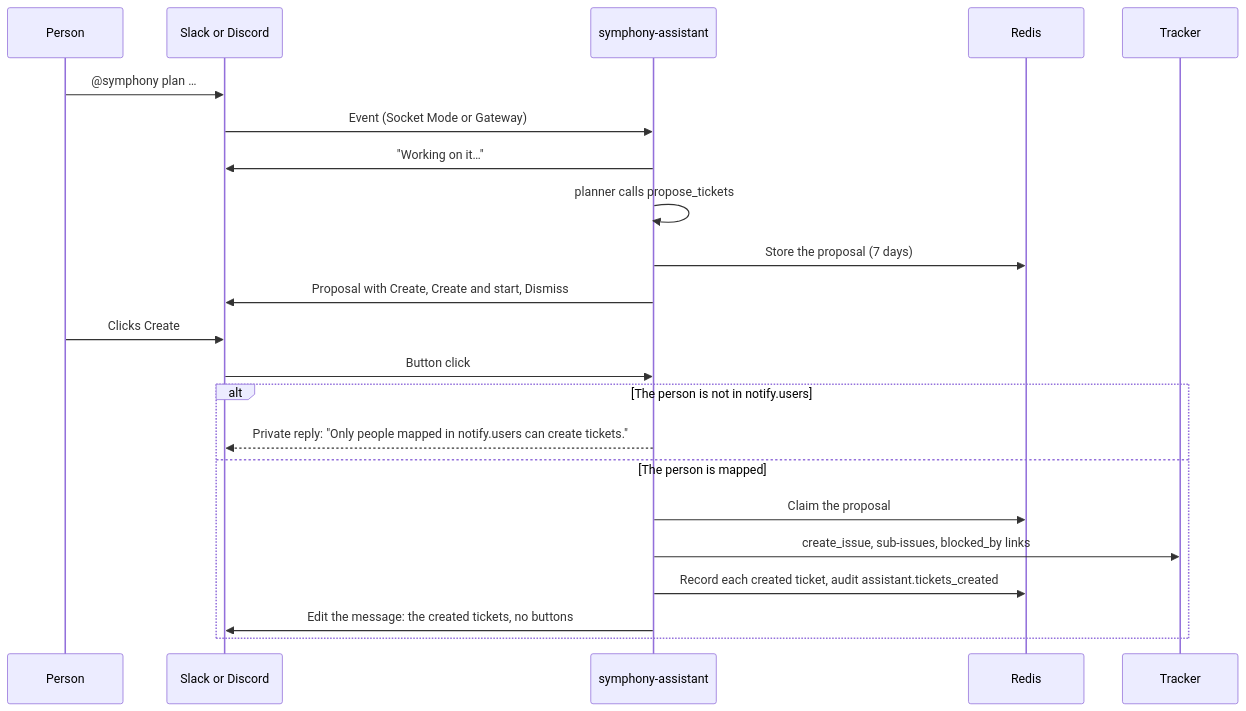
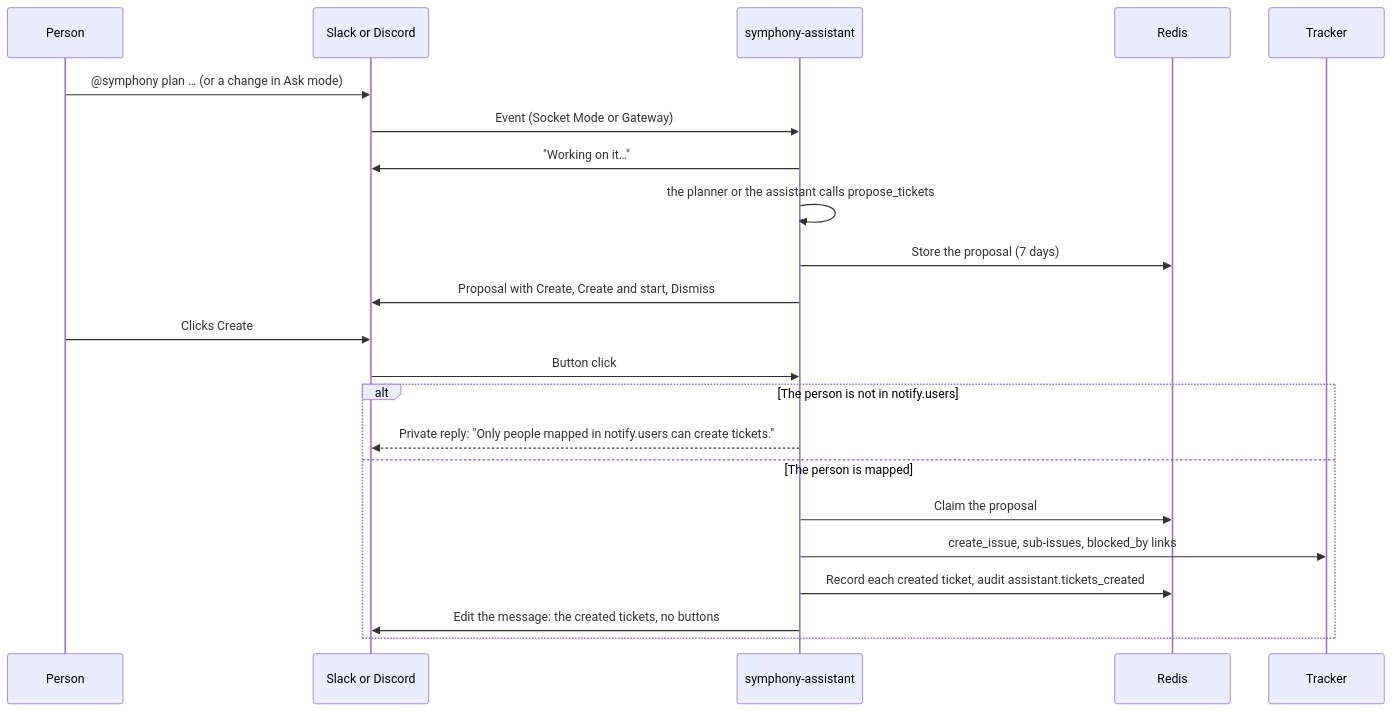
The diagram in docs/assistant.md (orbi-edu/symphony), drawn with Mermaid before and after one commit. The commit also changed other lines of this file and 60 other files, not shown here.

````diff
--- a/docs/assistant.md
+++ b/docs/assistant.md
@@ -102,24 +107,24 @@
 ```mermaid
 sequenceDiagram
   participant P as Person
   participant C as Slack or Discord
   participant A as symphony-assistant
   participant R as Redis
   participant T as Tracker
-  P->>C: @symphony plan …
+  P->>C: @symphony plan … (or a change in Ask mode)
   C->>A: Event (Socket Mode or Gateway)
   A->>C: "Working on it…"
-  A->>A: planner calls propose_tickets
+  A->>A: the planner or the assistant calls propose_tickets
   A->>R: Store the proposal (7 days)
   A->>C: Proposal with Create, Create and start, Dismiss
   P->>C: Clicks Create
   C->>A: Button click
   alt The person is not in notify.users
     A-->>C: Private reply: "Only people mapped in notify.users can create tickets."
   else The person is mapped
     A->>R: Claim the proposal
     A->>T: create_issue, sub-issues, blocked_by links
     A->>R: Record each created ticket, audit assistant.tickets_created
     A->>C: Edit the message: the created tickets, no buttons
   end
 ```
````
